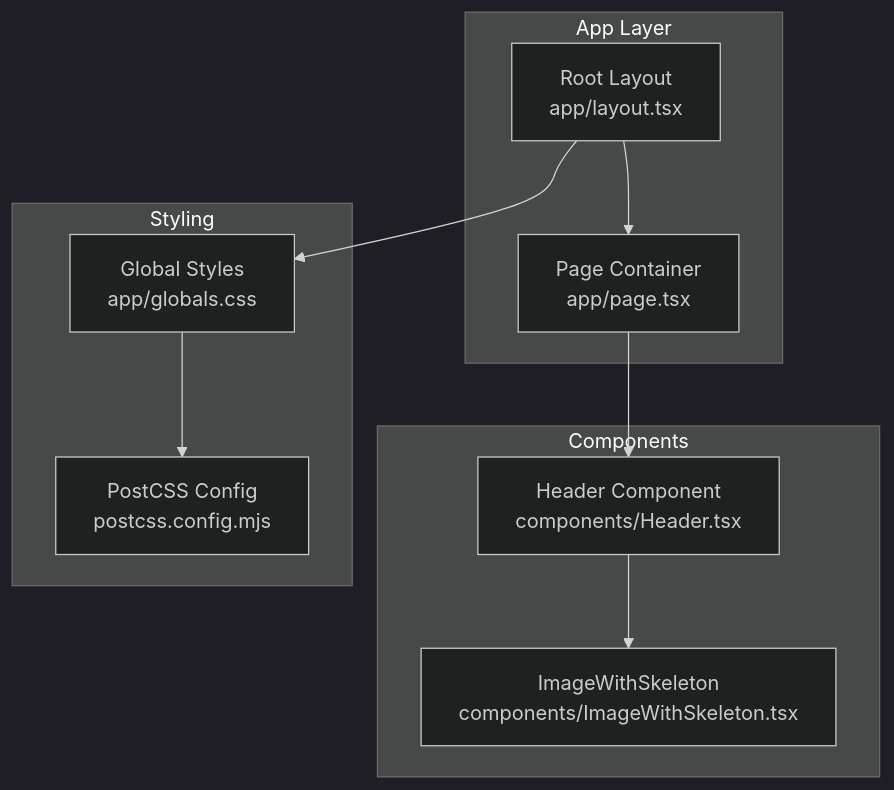
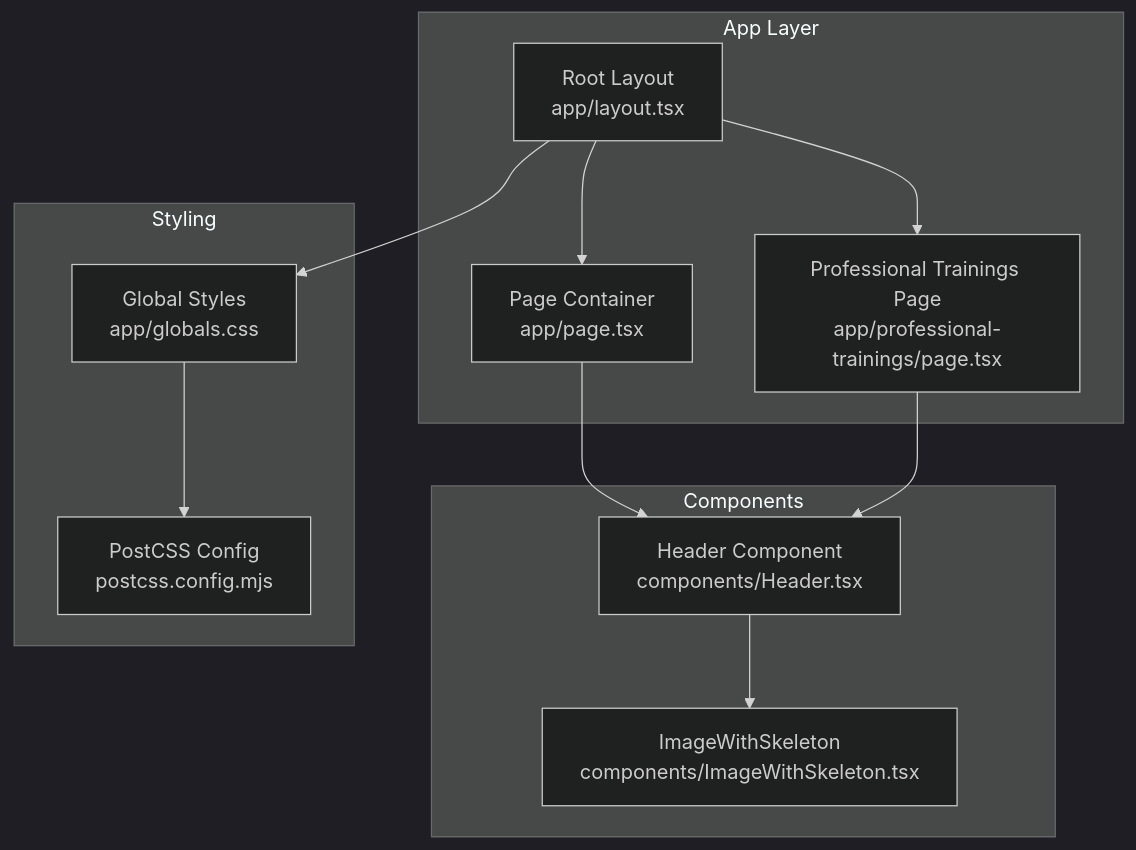
Before and after one commit to Black-box01/rhemaexpertsolutions: the first of 5 diagrams in .qoder/repowiki/en/content/UI Components/Navigation Components.md, drawn with Mermaid (dark theme). The commit also changed other lines of this file and 22 other files, not shown here.

First line of the commit message:
feat(professional-trainings): add professional training registration system

````diff
--- a/.qoder/repowiki/en/content/UI Components/Navigation Components.md
+++ b/.qoder/repowiki/en/content/UI Components/Navigation Components.md
@@ -32,20 +39,23 @@
 ```mermaid
 graph TB
 subgraph "App Layer"
 LAYOUT["Root Layout<br/>app/layout.tsx"]
 PAGE["Page Container<br/>app/page.tsx"]
+PROF_TRAINING["Professional Trainings Page<br/>app/professional-trainings/page.tsx"]
 end
 subgraph "Components"
 HEADER["Header Component<br/>components/Header.tsx"]
 IMG_SKELETON["ImageWithSkeleton<br/>components/ImageWithSkeleton.tsx"]
 end
 subgraph "Styling"
 GLOBALS["Global Styles<br/>app/globals.css"]
 TAILWIND["PostCSS Config<br/>postcss.config.mjs"]
 end
 LAYOUT --> PAGE
+LAYOUT --> PROF_TRAINING
 PAGE --> HEADER
+PROF_TRAINING --> HEADER
 HEADER --> IMG_SKELETON
 LAYOUT --> GLOBALS
 GLOBALS --> TAILWIND
 ```
````
